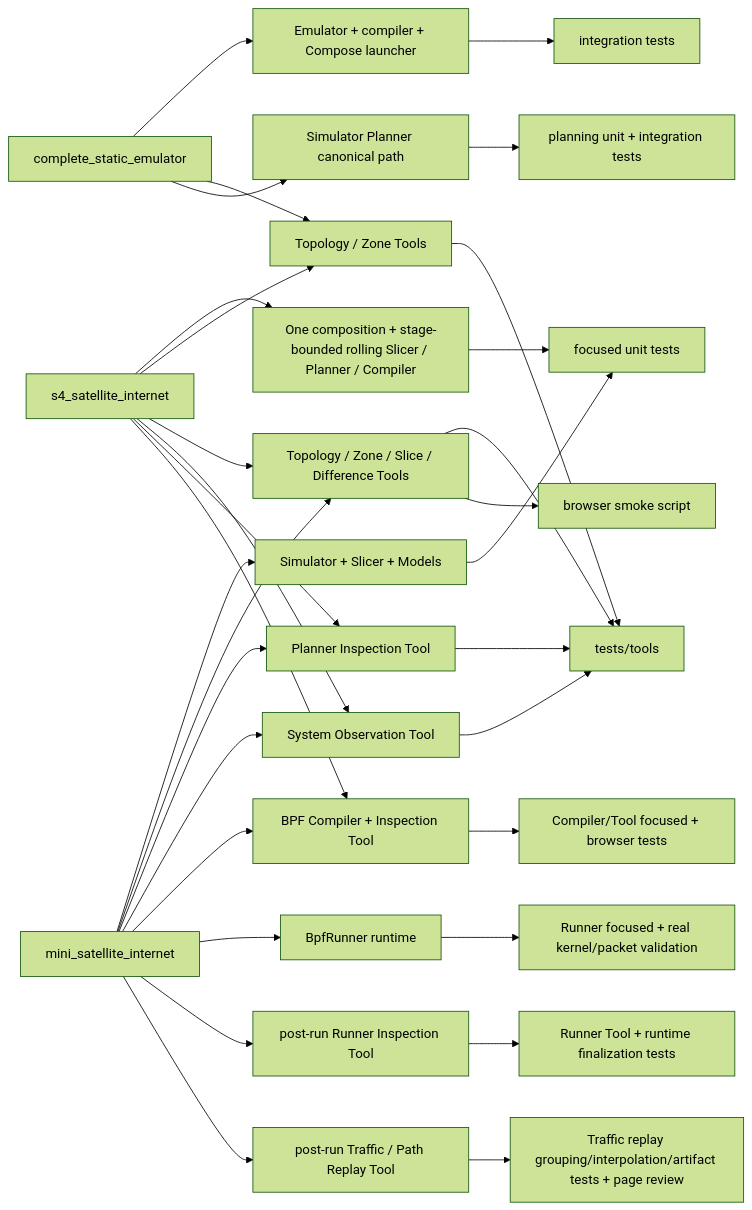
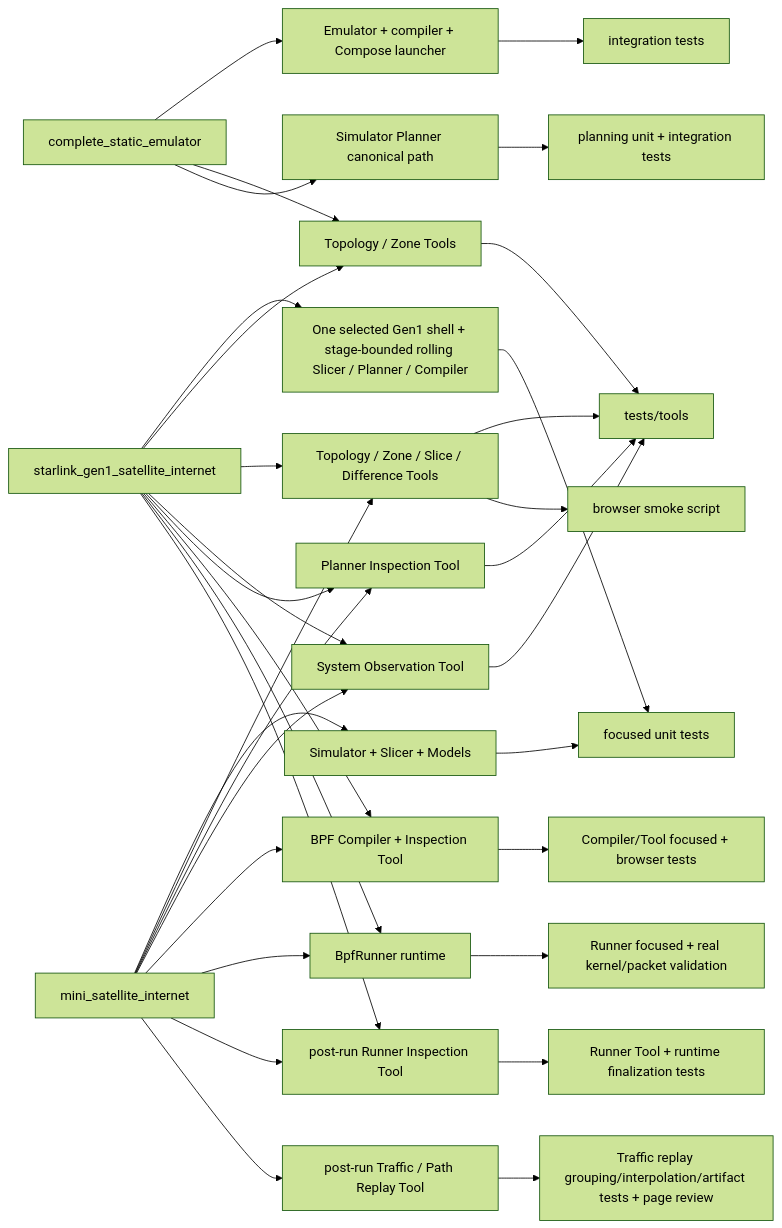
One commit to seed-labs/skyseed changed the diagram in skyseed_v2/docs/human-readable/traceability-map.md. Above: the diagram before and after it, drawn with Mermaid (forest theme). The commit also changed other lines of this file and 102 other files, not shown here.

````diff
--- a/skyseed_v2/docs/human-readable/traceability-map.md
+++ b/skyseed_v2/docs/human-readable/traceability-map.md
@@ -7,33 +7,35 @@
 ```mermaid
 flowchart LR
     CE["complete_static_emulator"] --> EM["Emulator + compiler + Compose launcher"]
     CE --> TZ["Topology / Zone Tools"]
     CE --> PL["Simulator Planner canonical path"]
     DN["mini_satellite_internet"] --> DS["Simulator + Slicer + Models"]
     DN --> DT["Topology / Zone / Slice / Difference Tools"]
     DN --> PT["Planner Inspection Tool"]
     DN --> OT["System Observation Tool"]
     DN --> BT["BPF Compiler + Inspection Tool"]
     DN --> BR["BpfRunner runtime"]
     DN --> RI["post-run Runner Inspection Tool"]
     DN --> TR["post-run Traffic / Path Replay Tool"]
-    S4["s4_satellite_internet"] --> S4S["One composition + stage-bounded rolling Slicer / Planner / Compiler"]
+    S4["starlink_gen1_satellite_internet"] --> S4S["One selected Gen1 shell + stage-bounded rolling Slicer / Planner / Compiler"]
     S4 --> TZ
     S4 --> DT
     S4 --> OT
     S4 --> PT
     S4 --> BT
+    S4 --> BR
+    S4 --> RI
     EM --> ITEST["integration tests"]
     DS --> UTEST["focused unit tests"]
     S4S --> UTEST
     PL --> PTEST["planning unit + integration tests"]
     TZ --> TTEST["tests/tools"]
     DT --> TTEST
     DT --> BROWSER["browser smoke script"]
     PT --> TTEST
     OT --> TTEST
     BT --> BTEST["Compiler/Tool focused + browser tests"]
     BR --> RTEST["Runner focused + real kernel/packet validation"]
     RI --> RITEST["Runner Tool + runtime finalization tests"]
     TR --> TRTEST["Traffic replay grouping/interpolation/artifact tests + page review"]
 ```
````
